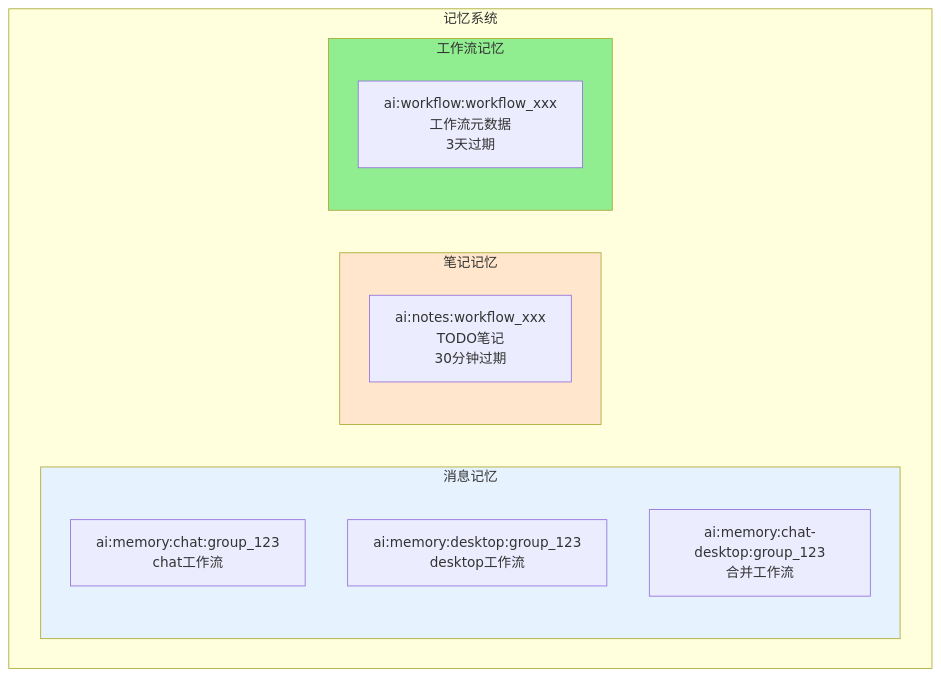
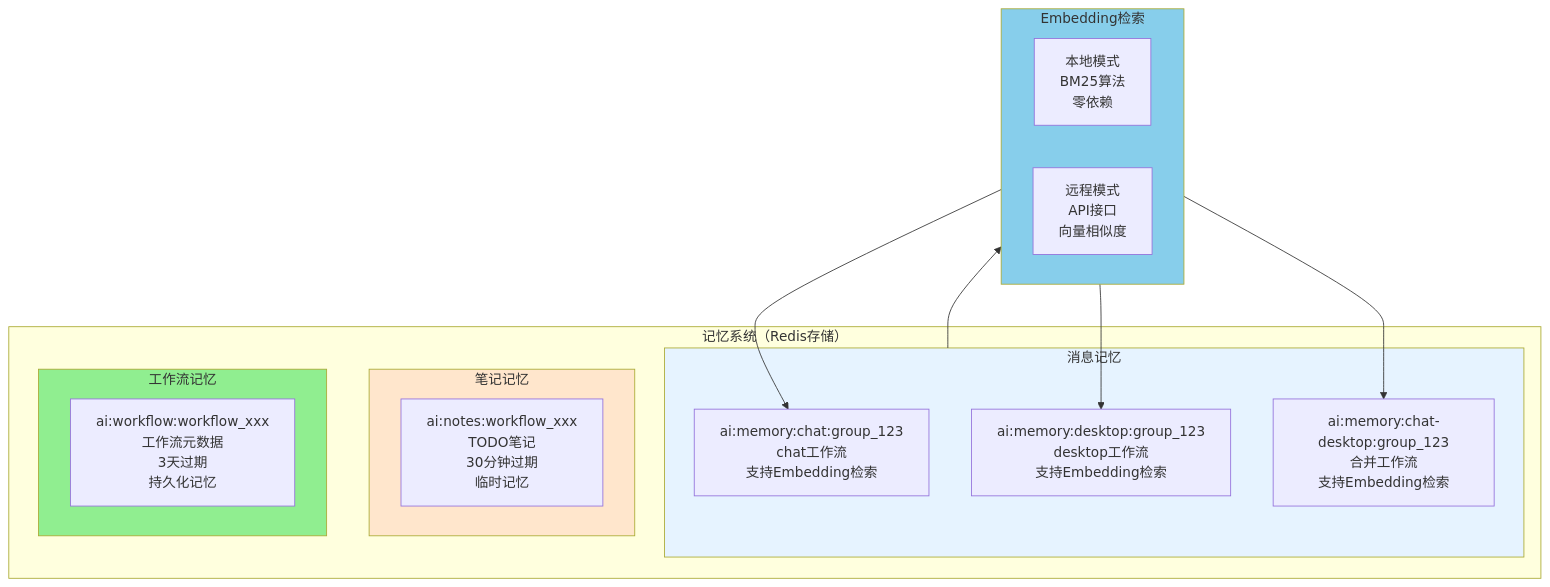
One commit to sunflowermm/XRK-AGT changed the first of 2 diagrams in docs/workflow-memory-system.md. Above: the diagram before and after it, drawn with Mermaid. The commit also changed other lines of this file and 9 other files, not shown here.

````diff
--- a/docs/workflow-memory-system.md
+++ b/docs/workflow-memory-system.md
@@ -29,22 +29,33 @@
 ```mermaid
 flowchart TB
-    subgraph Memory["记忆系统"]
+    subgraph Memory["记忆系统（Redis存储）"]
         subgraph MessageMemory["消息记忆"]
-            M1["ai:memory:chat:group_123<br/>chat工作流"]
-            M2["ai:memory:desktop:group_123<br/>desktop工作流"]
-            M3["ai:memory:chat-desktop:group_123<br/>合并工作流"]
+            M1["ai:memory:chat:group_123<br/>chat工作流<br/>支持Embedding检索"]
+            M2["ai:memory:desktop:group_123<br/>desktop工作流<br/>支持Embedding检索"]
+            M3["ai:memory:chat-desktop:group_123<br/>合并工作流<br/>支持Embedding检索"]
         end
         
         subgraph NoteMemory["笔记记忆"]
-            N1["ai:notes:workflow_xxx<br/>TODO笔记<br/>30分钟过期"]
+            N1["ai:notes:workflow_xxx<br/>TODO笔记<br/>30分钟过期<br/>临时记忆"]
         end
         
         subgraph WorkflowMemory["工作流记忆"]
-            W1["ai:workflow:workflow_xxx<br/>工作流元数据<br/>3天过期"]
+            W1["ai:workflow:workflow_xxx<br/>工作流元数据<br/>3天过期<br/>持久化记忆"]
         end
     end
+    
+    subgraph Embedding["Embedding检索"]
+        E1["本地模式<br/>BM25算法<br/>零依赖"]
+        E2["远程模式<br/>API接口<br/>向量相似度"]
+    end
+    
+    MessageMemory --> Embedding
+    Embedding --> M1
+    Embedding --> M2
+    Embedding --> M3
     
     style MessageMemory fill:#E6F3FF
     style NoteMemory fill:#FFE6CC
     style WorkflowMemory fill:#90EE90
+    style Embedding fill:#87CEEB
 ```
````
